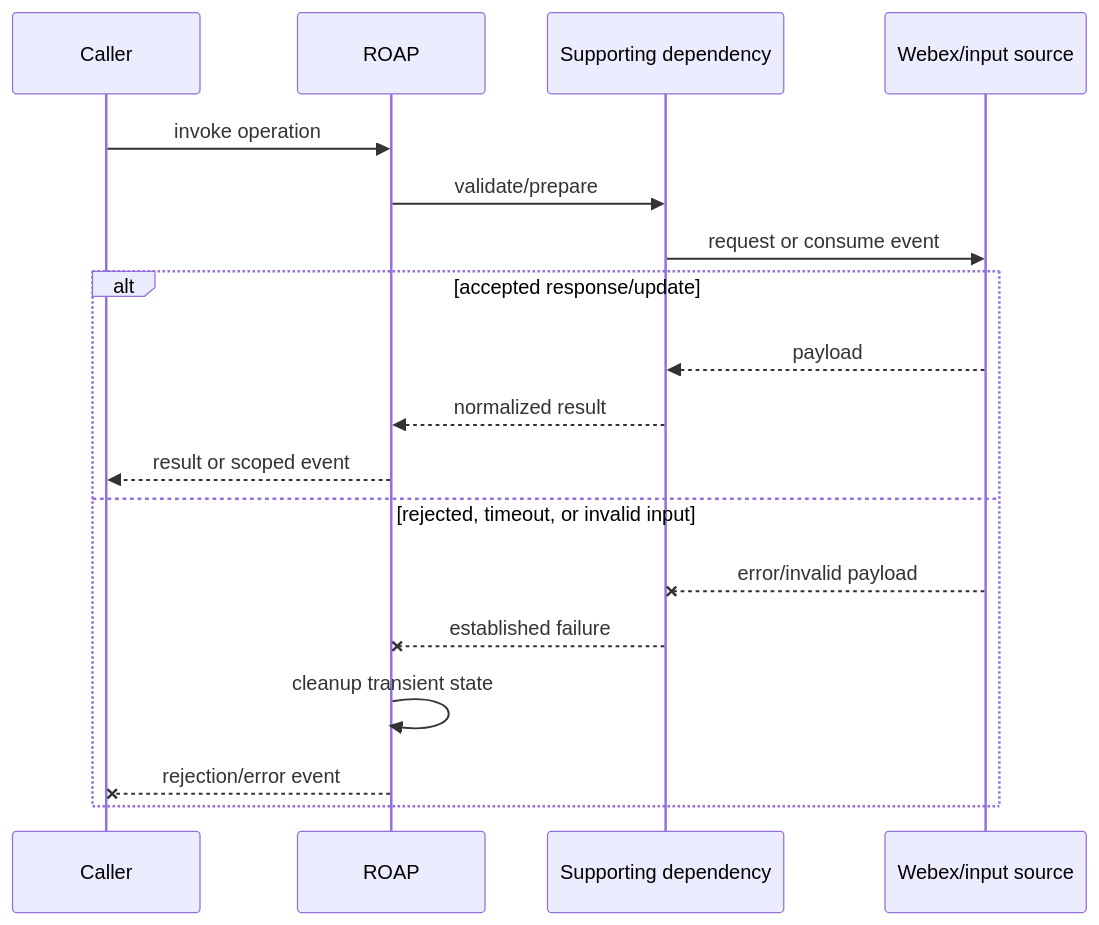
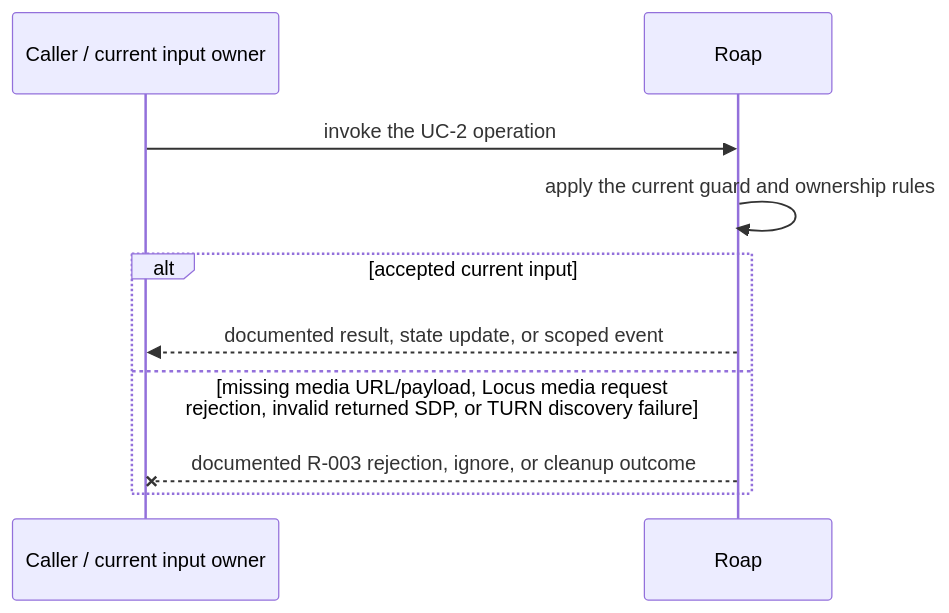
Before and after one commit to webex/webex-js-sdk: the third of 4 diagrams in packages/@webex/plugin-meetings/src/roap/ai-docs/roap-spec.md, drawn with Mermaid. The commit also changed other lines of this file and 26 other files, not shown here.

````diff
--- a/packages/@webex/plugin-meetings/src/roap/ai-docs/roap-spec.md
+++ b/packages/@webex/plugin-meetings/src/roap/ai-docs/roap-spec.md
@@ -122,20 +142,12 @@
 ```mermaid
 sequenceDiagram
-  participant C as Caller
-  participant M as ROAP
-  participant D as Supporting dependency
-  participant W as Webex/input source
-  C->>M: invoke operation
-  M->>D: validate/prepare
-  D->>W: request or consume event
-  alt accepted response/update
-    W-->>D: payload
-    D-->>M: normalized result
-    M-->>C: result or scoped event
-  else rejected, timeout, or invalid input
-    W--xD: error/invalid payload
-    D--xM: established failure
-    M->>M: cleanup transient state
-    M--xC: rejection/error event
+  participant C as Caller / current input owner
+  participant M as Roap
+  C->>M: invoke the UC-2 operation
+  M->>M: apply the current guard and ownership rules
+  alt accepted current input
+    M-->>C: documented result, state update, or scoped event
+  else missing media URL/payload, Locus media request rejection, invalid returned SDP, or TURN discovery failure
+    M--xC: documented R-003 rejection, ignore, or cleanup outcome
   end
 ```
````
